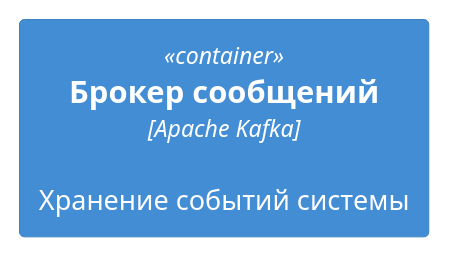
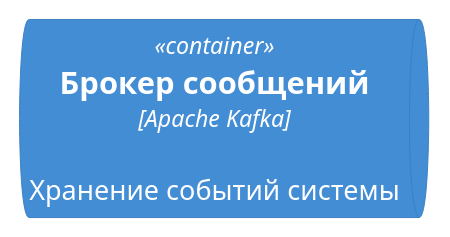
One commit to AlexandrBukhtatyy/architecture-sprint-3 changed the seventh of 8 diagrams in docs/c4/_shared/containers/containers.iuml. Above: the diagram before and after it, drawn with PlantUML. The commit also changed 4 other files, not shown here.

Commit message:
add component diagram

```diff
--- a/docs/c4/_shared/containers/containers.iuml
+++ b/docs/c4/_shared/containers/containers.iuml
@@ -31,4 +31,4 @@
 @startuml (id=house_event_broker)
   !include https://raw.githubusercontent.com/plantuml-stdlib/C4-PlantUML/master/C4_Container.puml
-  Container(house_event_broker, "Брокер сообщений", "Apache Kafka", "Хранение событий системы")
+  ContainerQueue(house_event_broker, "Брокер сообщений", "Apache Kafka", "Хранение событий системы")
 @enduml
```
